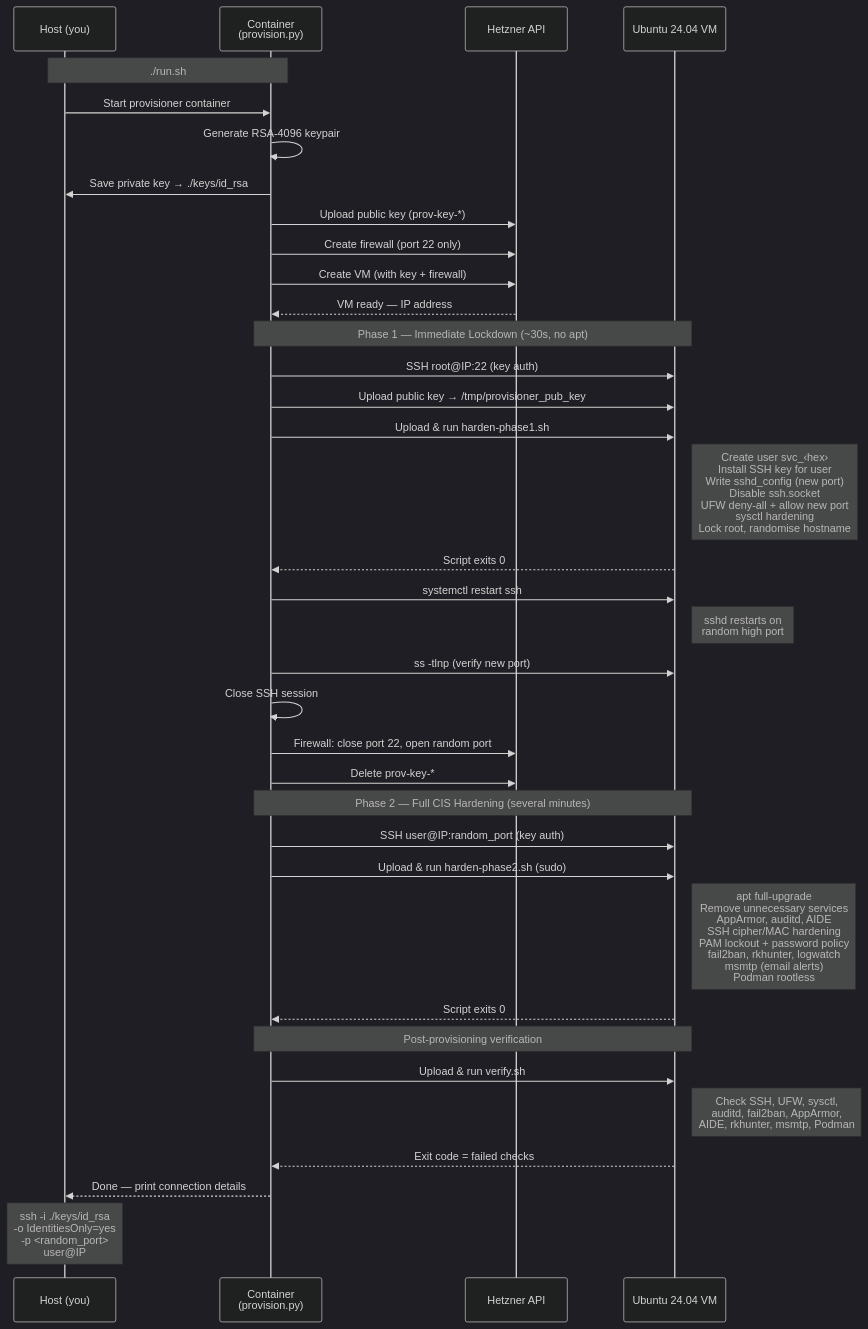
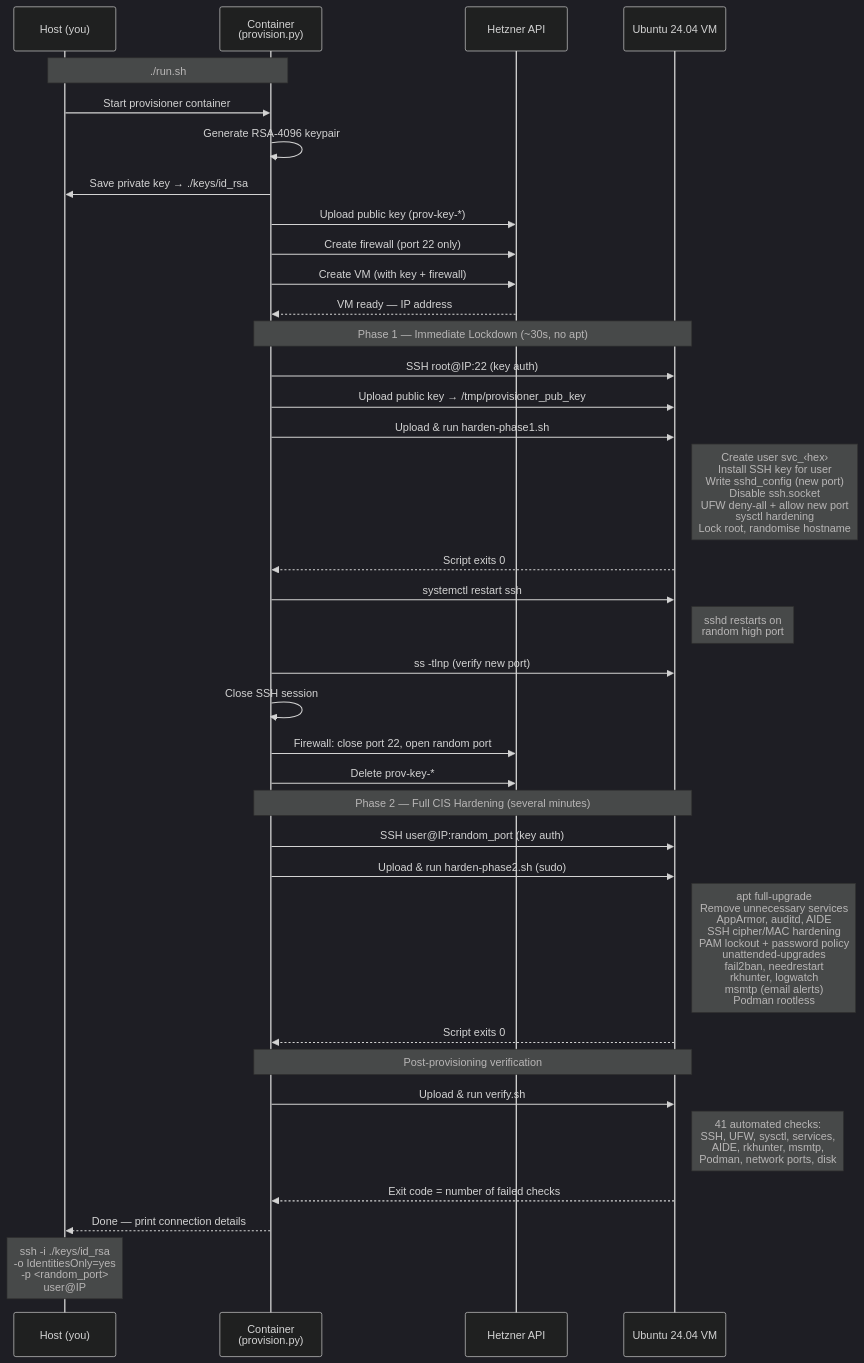
The first of 2 diagrams in README.md (carlok/Ubuntu-Hardening), drawn with Mermaid (dark theme) before and after one commit. The commit also changed other lines of this file, not shown here.

Commit message:
README: minor accuracy fixes in diagrams and files table
- Phase 2 Mermaid note: add needrestart and unattended-upgrades
- verify.sh diagram note: mention 41 checks and full check list
- Files table: verify.sh entry now mentions 41 checks

````diff
--- a/README.md
+++ b/README.md
@@ -71,45 +71,45 @@
 ```mermaid
 sequenceDiagram
     participant H as Host (you)
     participant C as Container<br/>(provision.py)
     participant API as Hetzner API
     participant VM as Ubuntu 24.04 VM
 
     Note over H,C: ./run.sh
 
     H->>C: Start provisioner container
     C->>C: Generate RSA-4096 keypair
     C->>H: Save private key → ./keys/id_rsa
     C->>API: Upload public key (prov-key-*)
     C->>API: Create firewall (port 22 only)
     C->>API: Create VM (with key + firewall)
     API-->>C: VM ready — IP address
 
     Note over C,VM: Phase 1 — Immediate Lockdown (~30s, no apt)
     C->>VM: SSH root@IP:22 (key auth)
     C->>VM: Upload public key → /tmp/provisioner_pub_key
     C->>VM: Upload & run harden-phase1.sh
     Note right of VM: Create user svc_‹hex›<br/>Install SSH key for user<br/>Write sshd_config (new port)<br/>Disable ssh.socket<br/>UFW deny-all + allow new port<br/>sysctl hardening<br/>Lock root, randomise hostname
     VM-->>C: Script exits 0
     C->>VM: systemctl restart ssh
     Note right of VM: sshd restarts on<br/>random high port
     C->>VM: ss -tlnp (verify new port)
     C->>C: Close SSH session
 
     C->>API: Firewall: close port 22, open random port
     C->>API: Delete prov-key-*
 
     Note over C,VM: Phase 2 — Full CIS Hardening (several minutes)
     C->>VM: SSH user@IP:random_port (key auth)
     C->>VM: Upload & run harden-phase2.sh (sudo)
-    Note right of VM: apt full-upgrade<br/>Remove unnecessary services<br/>AppArmor, auditd, AIDE<br/>SSH cipher/MAC hardening<br/>PAM lockout + password policy<br/>fail2ban, rkhunter, logwatch<br/>msmtp (email alerts)<br/>Podman rootless
+    Note right of VM: apt full-upgrade<br/>Remove unnecessary services<br/>AppArmor, auditd, AIDE<br/>SSH cipher/MAC hardening<br/>PAM lockout + password policy<br/>unattended-upgrades<br/>fail2ban, needrestart<br/>rkhunter, logwatch<br/>msmtp (email alerts)<br/>Podman rootless
     VM-->>C: Script exits 0
 
     Note over C,VM: Post-provisioning verification
     C->>VM: Upload & run verify.sh
-    Note right of VM: Check SSH, UFW, sysctl,<br/>auditd, fail2ban, AppArmor,<br/>AIDE, rkhunter, msmtp, Podman
-    VM-->>C: Exit code = failed checks
+    Note right of VM: 41 automated checks:<br/>SSH, UFW, sysctl, services,<br/>AIDE, rkhunter, msmtp,<br/>Podman, network ports, disk
+    VM-->>C: Exit code = number of failed checks
 
     C-->>H: Done — print connection details
     Note over H: ssh -i ./keys/id_rsa<br/>-o IdentitiesOnly=yes<br/>-p <random_port><br/>user@IP
 ```
````
